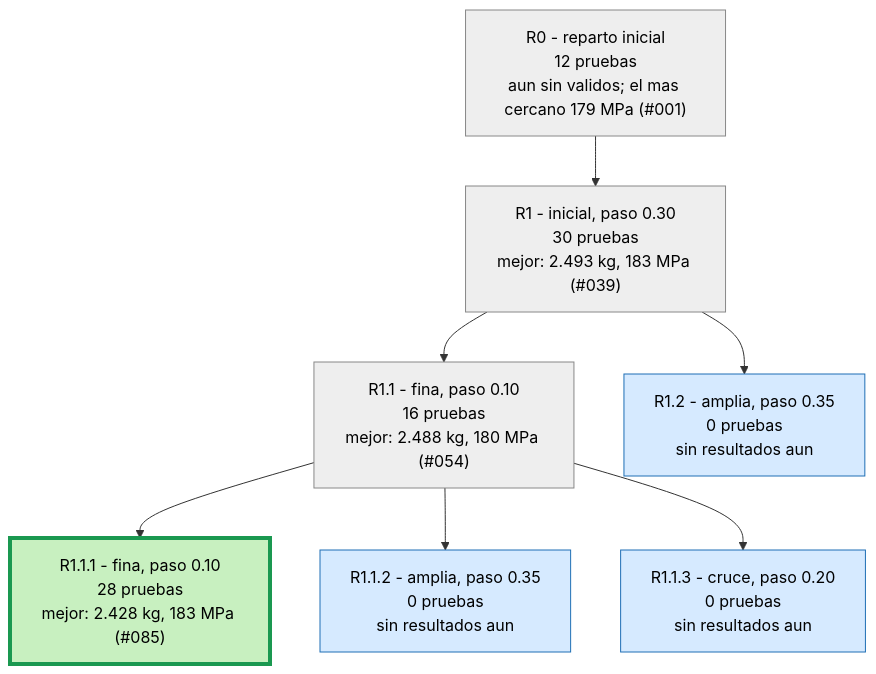
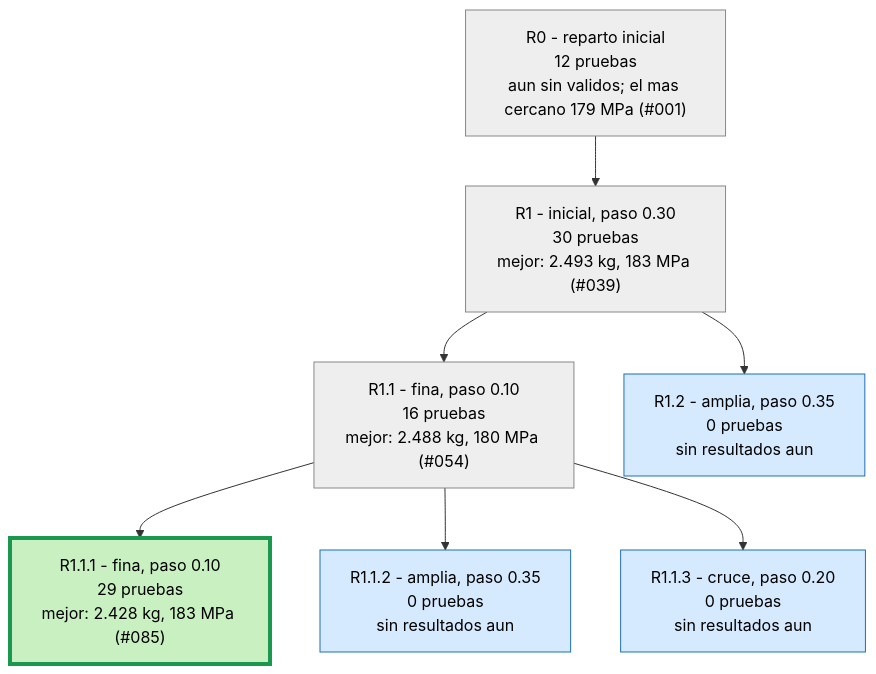
The second of 3 diagrams in runs/opt_37800N/ARBOL.md (Hugiko/msd-soporte-optimizacion), drawn with Mermaid before and after one commit. The commit also changed 22 other files, not shown here.

````diff
--- a/runs/opt_37800N/ARBOL.md
+++ b/runs/opt_37800N/ARBOL.md
@@ -25,19 +25,19 @@
 ```mermaid
 graph TD
 classDef activa fill:#d6eaff,stroke:#1f6fb5,color:#000
 classDef fin fill:#eeeeee,stroke:#888,color:#000
 classDef mejor fill:#c8f0c0,stroke:#1a9850,stroke-width:4px,color:#000
 R0["R0 - reparto inicial<br/>12 pruebas<br/>aun sin validos; el mas cercano 179 MPa (#001)"]:::fin
 R1["R1 - inicial, paso 0.30<br/>30 pruebas<br/>mejor: 2.493 kg, 183 MPa (#039)"]:::fin
 R0 --> R1
 R1_1["R1.1 - fina, paso 0.10<br/>16 pruebas<br/>mejor: 2.488 kg, 180 MPa (#054)"]:::fin
 R1 --> R1_1
 R1_2["R1.2 - amplia, paso 0.35<br/>0 pruebas<br/>sin resultados aun"]:::activa
 R1 --> R1_2
-R1_1_1["R1.1.1 - fina, paso 0.10<br/>28 pruebas<br/>mejor: 2.428 kg, 183 MPa (#085)"]:::mejor
+R1_1_1["R1.1.1 - fina, paso 0.10<br/>29 pruebas<br/>mejor: 2.428 kg, 183 MPa (#085)"]:::mejor
 R1_1 --> R1_1_1
 R1_1_2["R1.1.2 - amplia, paso 0.35<br/>0 pruebas<br/>sin resultados aun"]:::activa
 R1_1 --> R1_1_2
 R1_1_3["R1.1.3 - cruce, paso 0.20<br/>0 pruebas<br/>sin resultados aun"]:::activa
 R1_1 --> R1_1_3
 ```
````
